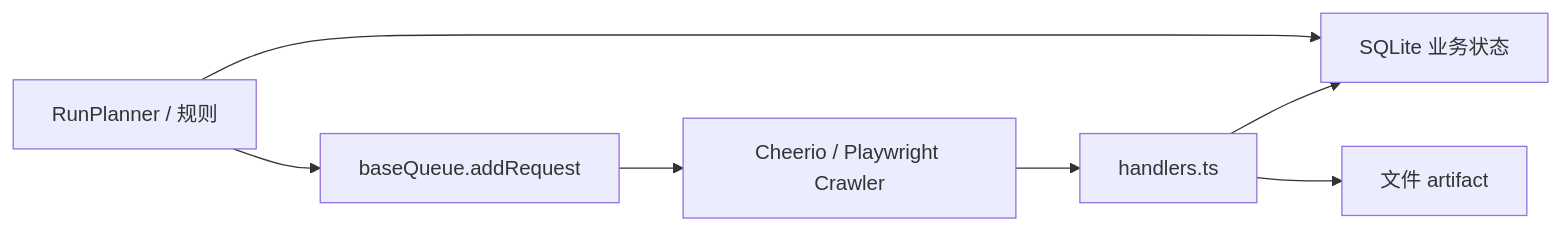
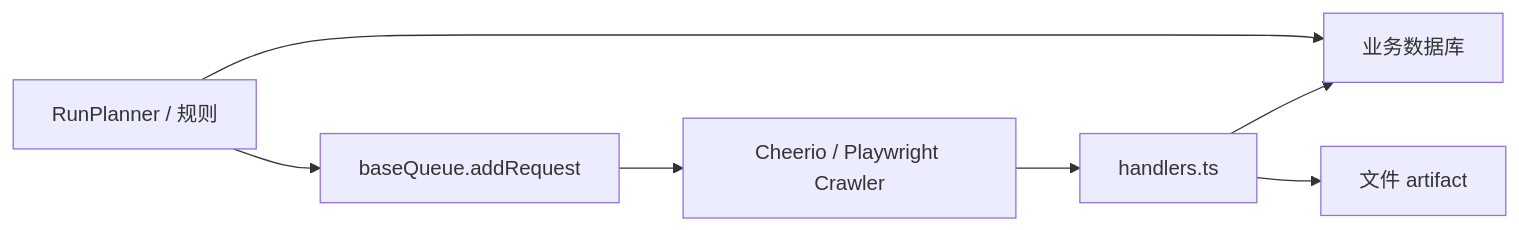
The diagram in docs/tech-details/crawlee-coupling.md (tianzhipeng-git/kvault-web-capture), drawn with Mermaid before and after one commit. The commit also changed other lines of this file and 5 other files, not shown here.

````diff
--- a/docs/tech-details/crawlee-coupling.md
+++ b/docs/tech-details/crawlee-coupling.md
@@ -18,9 +18,9 @@
 ```mermaid
 flowchart LR
-  Planner["RunPlanner / 规则"] --> SQLite["SQLite 业务状态"]
+  Planner["RunPlanner / 规则"] --> DB["业务数据库"]
   Planner --> Enqueue["baseQueue.addRequest"]
   Enqueue --> Crawlee["Cheerio / Playwright Crawler"]
   Crawlee --> Handlers["handlers.ts"]
-  Handlers --> SQLite
+  Handlers --> DB
   Handlers --> Artifacts["文件 artifact"]
 ```
````
